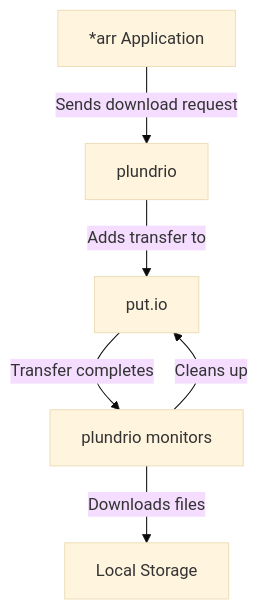
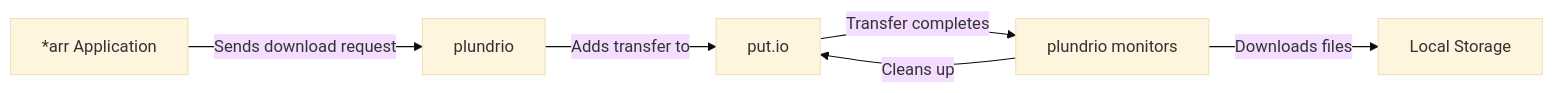
One commit to elsbrock/plundrio changed the diagram in README.md. Above: the diagram before and after it, drawn with Mermaid (base theme). The commit also changed other lines of this file, not shown here.

````diff
--- a/README.md
+++ b/README.md
@@ -64,8 +63,8 @@
 ```mermaid
-graph TD
+graph LR
     A[*arr Application] -->|Sends download request| B[plundrio]
     B -->|Adds transfer to| C[put.io]
     C -->|Transfer completes| D[plundrio monitors]
     D -->|Downloads files| E[Local Storage]
     D -->|Cleans up| C
 ```
````
